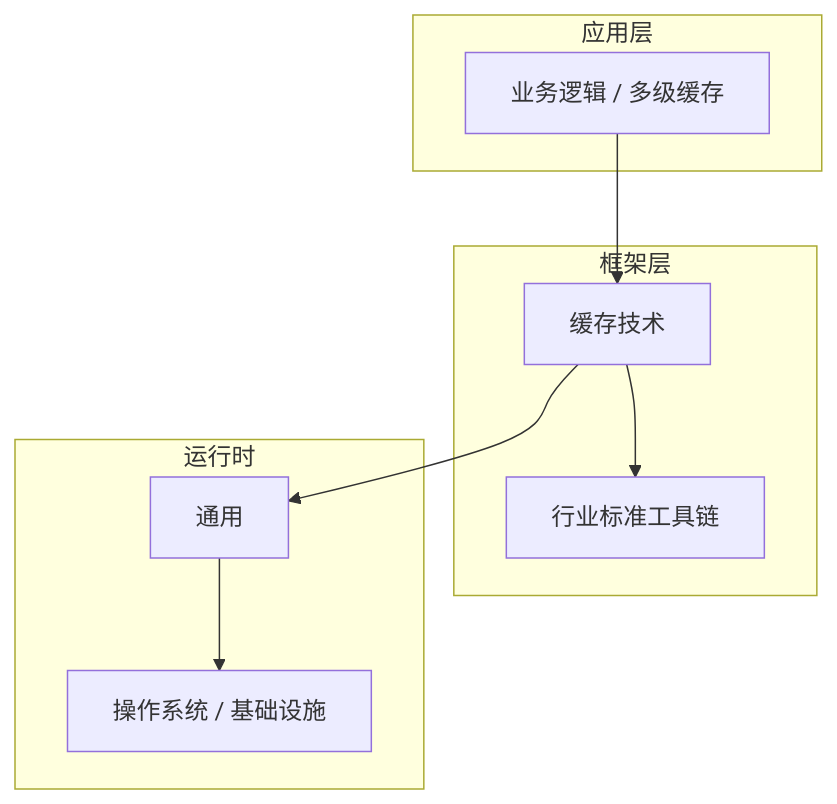
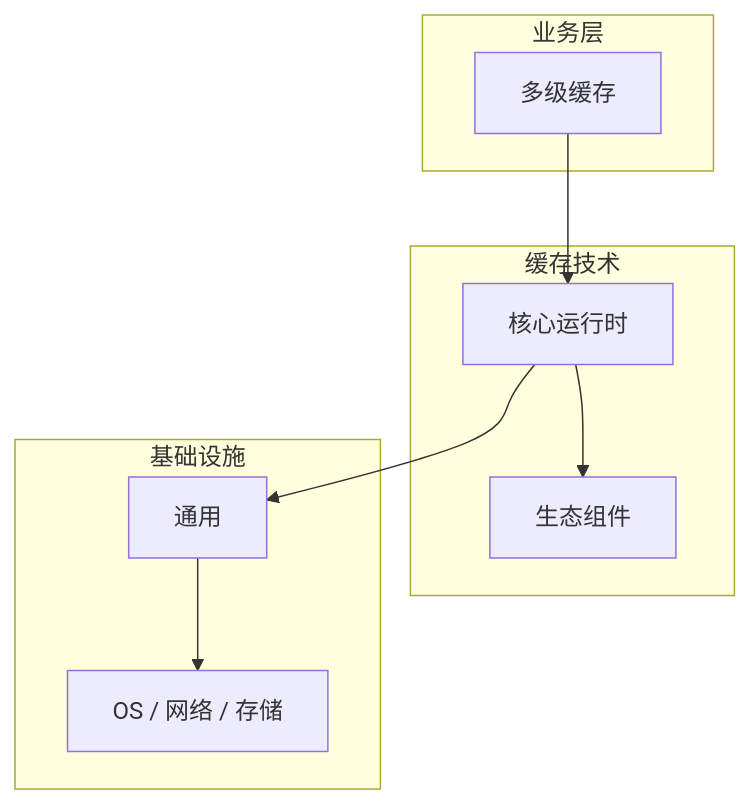
One commit to yanggan2015/knowledge-json-v2 changed the diagram in articles/缓存技术/chapters/046-多级缓存核心概念与原理.md. Above: the diagram before and after it, drawn with Mermaid. The commit also changed other lines of this file and 10127 other files, not shown here.

````diff
--- a/articles/缓存技术/chapters/046-多级缓存核心概念与原理.md
+++ b/articles/缓存技术/chapters/046-多级缓存核心概念与原理.md
@@ -45,18 +34,18 @@
 ```mermaid
 graph TB
-    subgraph 应用层
-        A[业务逻辑 / 多级缓存]
+    subgraph 业务层
+        A[多级缓存]
     end
-    subgraph 框架层
-        B[缓存技术]
-        C[行业标准工具链]
+    subgraph 缓存技术
+        B[核心运行时]
+        C[生态组件]
     end
-    subgraph 运行时
+    subgraph 基础设施
         D[通用]
-        E[操作系统 / 基础设施]
+        E[OS / 网络 / 存储]
     end
     A --> B
     B --> C
     B --> D
     D --> E
 ```
````
